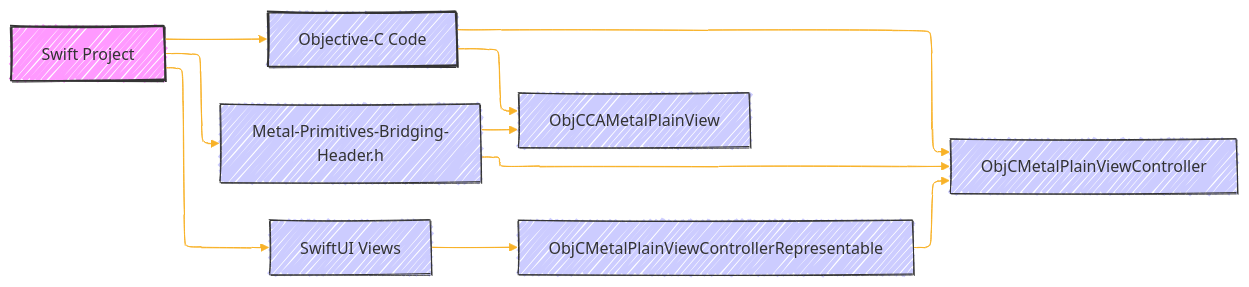
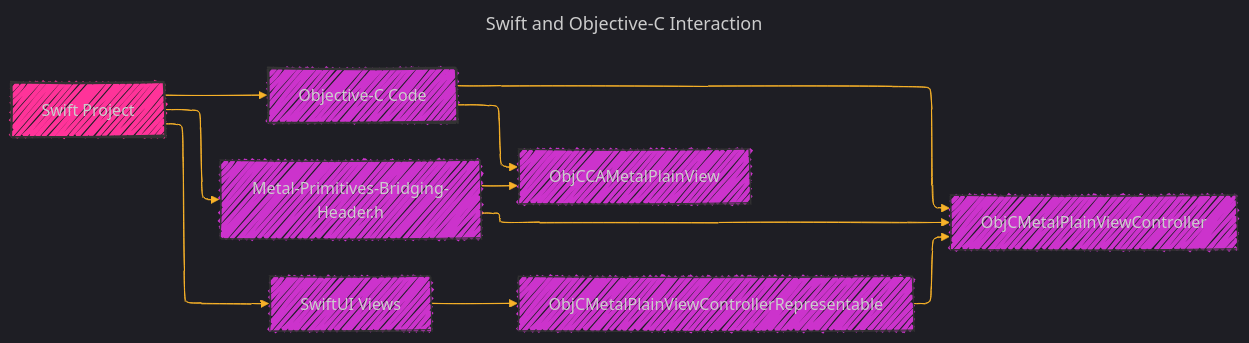
Before and after one commit to CongLeSolutionX/Metal-Primitives: the third of 8 diagrams in Documentation_Consolidated_Version_Draft_2.md, drawn with Mermaid. The commit also changed other lines of this file, not shown here.

````diff
--- a/Documentation_Consolidated_Version_Draft_2.md
+++ b/Documentation_Consolidated_Version_Draft_2.md
@@ -194,36 +198,40 @@
 ```mermaid
+---
+title: Swift and Objective-C Interaction
+config:
+  layout: elk
+  look: handDrawn
+  theme: dark
+---
 %%{
   init: {
-    'theme': 'default',
-    'layout': 'elk',
-    'look': 'handDrawn',
     'fontFamily': 'verdana',
     'themeVariables': {
       'primaryColor': '#BB2528',
-      'primaryTextColor': '#fff',
+      'primaryTextColor': '#f529',
       'primaryBorderColor': '#7C0000',
       'lineColor': '#F8B229',
       'secondaryColor': '#006100',
       'tertiaryColor': '#fff'
     }
   }
 }%%
 graph LR
     A[Swift Project] --> B[Objective-C Code];
     B --> C[ObjCMetalPlainViewController];
     B --> D[ObjCCAMetalPlainView];
     A --> E[Metal-Primitives-Bridging-Header.h];
     E --> C;
     E --> D;
     A --> F[SwiftUI Views];
     F --> G[ObjCMetalPlainViewControllerRepresentable];
     G --> C;
-    style A fill:#f9f,stroke:#333,stroke-width:2px
-    style B fill:#ccf,stroke:#333,stroke-width:2px
-    style C fill:#ccf,stroke:#333,stroke-width:1px
-    style D fill:#ccf,stroke:#333,stroke-width:1px
-    style E fill:#ccf,stroke:#333,stroke-width:1px
-    style F fill:#ccf,stroke:#333,stroke-width:1px
-    style G fill:#ccf,stroke:#333,stroke-width:1px
+    style A fill:#f39f,stroke:#333,stroke-width:2px
+    style B fill:#c3cf,stroke:#333,stroke-width:2px
+    style C fill:#c3cf,stroke:#333,stroke-width:1px
+    style D fill:#c3cf,stroke:#333,stroke-width:1px
+    style E fill:#c3cf,stroke:#333,stroke-width:1px
+    style F fill:#c3cf,stroke:#333,stroke-width:1px
+    style G fill:#c3cf,stroke:#333,stroke-width:1px
 
 ```
````
